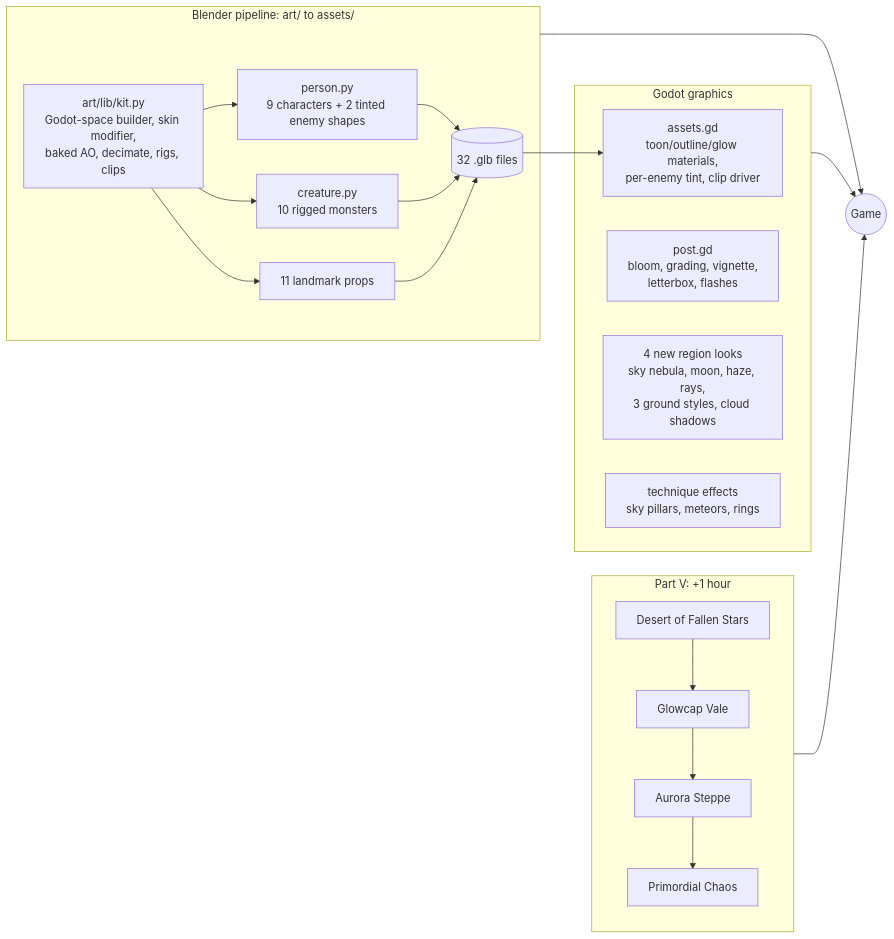
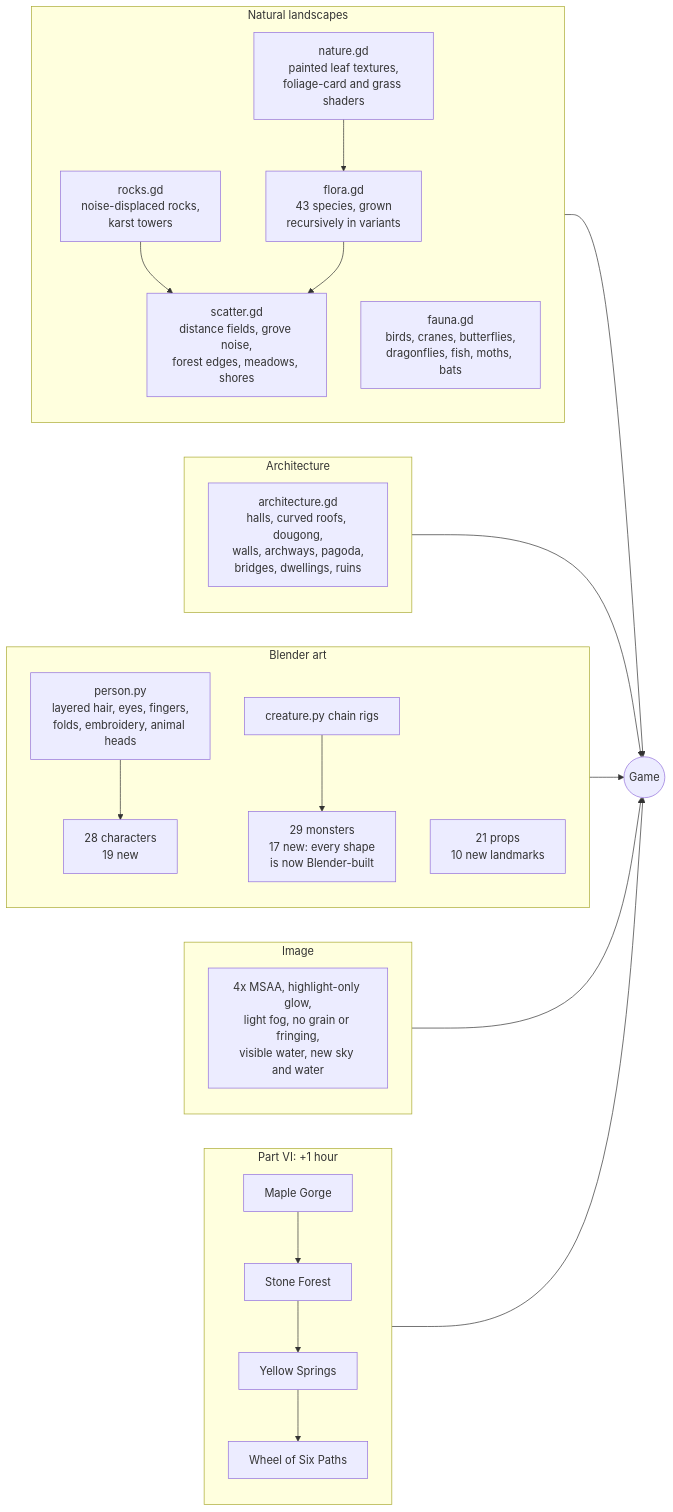
The first of 8 diagrams in README.md (jgyy/timegox), drawn with Mermaid before and after one commit. The commit also changed other lines of this file and 193 other files, not shown here.

Commit message:
Natural landscapes, architecture, Blender monsters for every shape, clearer image, Part VI (+1 hour) (#6)

````diff
--- a/README.md
+++ b/README.md
@@ -19,23 +19,28 @@
 ```mermaid
 flowchart LR
-    subgraph A[Blender pipeline: art/ to assets/]
-    KIT[art/lib/kit.py<br/>Godot-space builder, skin modifier,<br/>baked AO, decimate, rigs, clips] --> PER[person.py<br/>9 characters + 2 tinted enemy shapes]
-    KIT --> CRE[creature.py<br/>10 rigged monsters]
-    KIT --> PRO[11 landmark props]
-    PER --> GLB[(32 .glb files)]
-    CRE --> GLB
-    PRO --> GLB
+    subgraph N[Natural landscapes]
+    NA[nature.gd<br/>painted leaf textures,<br/>foliage-card and grass shaders] --> FL[flora.gd<br/>43 species, grown<br/>recursively in variants]
+    RK[rocks.gd<br/>noise-displaced rocks,<br/>karst towers] --> SC
+    FL --> SC[scatter.gd<br/>distance fields, grove noise,<br/>forest edges, meadows, shores]
+    FA[fauna.gd<br/>birds, cranes, butterflies,<br/>dragonflies, fish, moths, bats]
     end
-    subgraph G[Godot graphics]
-    GLB --> AS[assets.gd<br/>toon/outline/glow materials,<br/>per-enemy tint, clip driver]
-    PF[post.gd<br/>bloom, grading, vignette,<br/>letterbox, flashes]
-    TH[4 new region looks<br/>sky nebula, moon, haze, rays,<br/>3 ground styles, cloud shadows]
-    FX[technique effects<br/>sky pillars, meteors, rings]
+    subgraph A[Architecture]
+    AR[architecture.gd<br/>halls, curved roofs, dougong,<br/>walls, archways, pagoda,<br/>bridges, dwellings, ruins]
     end
-    subgraph P[Part V: +1 hour]
-    D1[Desert of Fallen Stars] --> D2[Glowcap Vale] --> D3[Aurora Steppe] --> D4[Primordial Chaos]
+    subgraph B[Blender art]
+    PE[person.py<br/>layered hair, eyes, fingers,<br/>folds, embroidery, animal heads] --> CH[28 characters<br/>19 new]
+    CR[creature.py chain rigs] --> MO[29 monsters<br/>17 new: every shape<br/>is now Blender-built]
+    PR[21 props<br/>10 new landmarks]
     end
-    A --> Play((Game))
-    G --> Play
+    subgraph I[Image]
+    IM[4x MSAA, highlight-only glow,<br/>light fog, no grain or fringing,<br/>visible water, new sky and water]
+    end
+    subgraph P[Part VI: +1 hour]
+    D1[Maple Gorge] --> D2[Stone Forest] --> D3[Yellow Springs] --> D4[Wheel of Six Paths]
+    end
+    N --> Play((Game))
+    A --> Play
+    B --> Play
+    I --> Play
     P --> Play
 ```
````
